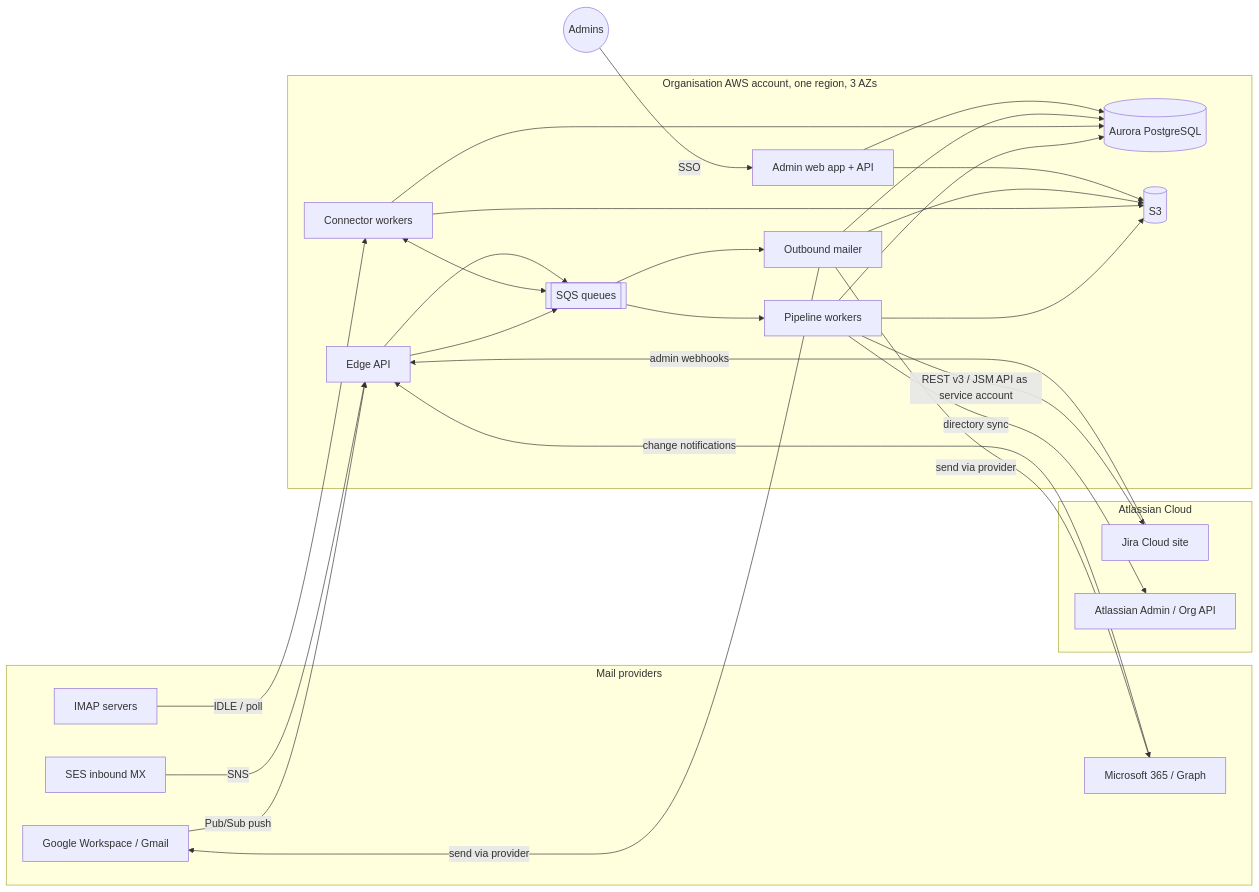
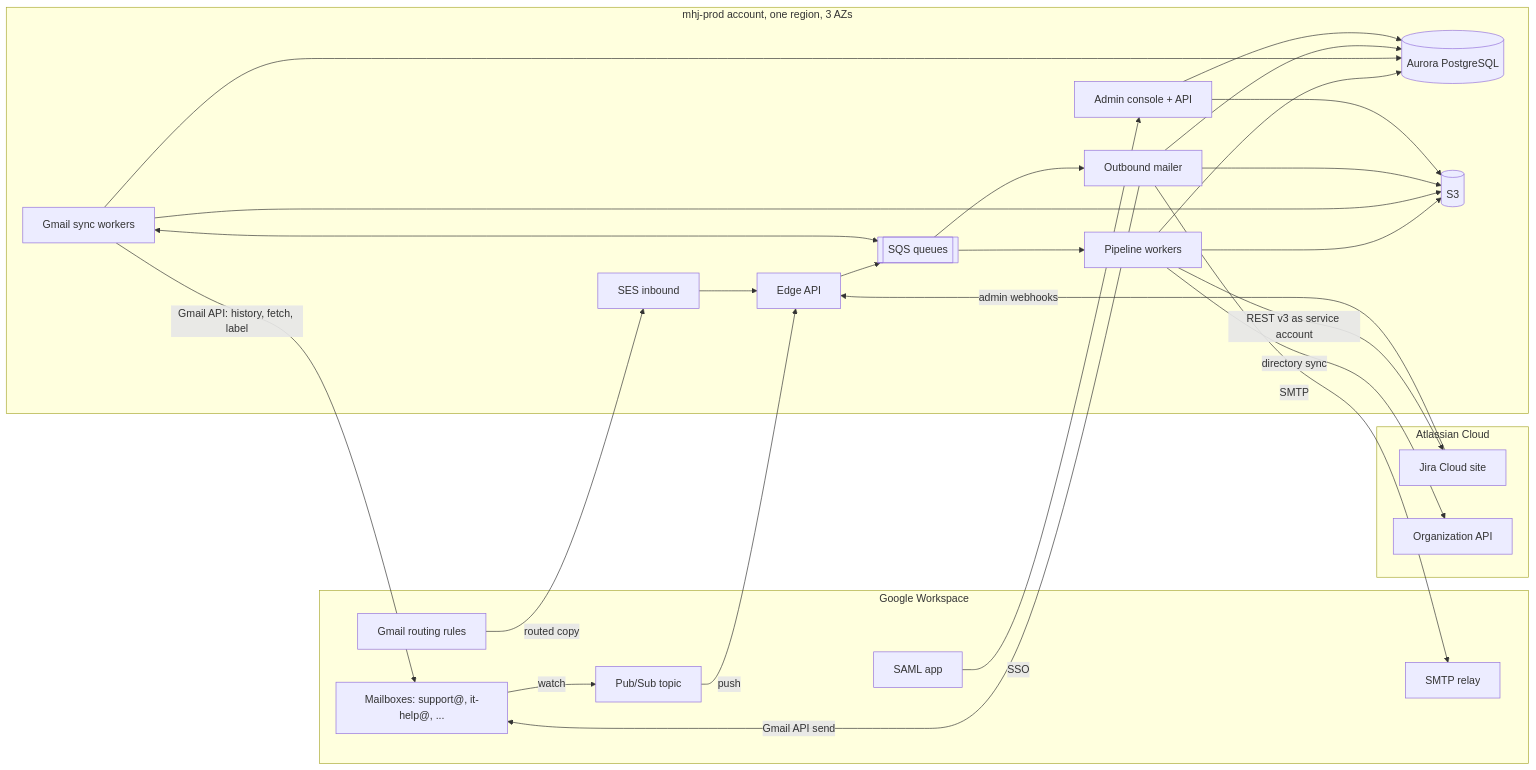
The first of 2 diagrams in _specs/jira-mail-handler/SPEC.md (papileks/papileks.github.io), drawn with Mermaid before and after one commit. The commit also changed other lines of this file, not shown here.

First line of the commit message:
Revise mail handler spec to v0.3: Google Workspace, Jira Software, infra

````diff
--- a/_specs/jira-mail-handler/SPEC.md
+++ b/_specs/jira-mail-handler/SPEC.md
@@ -183,36 +195,38 @@
 ```mermaid
 flowchart LR
-  subgraph Providers[Mail providers]
-    G[Google Workspace / Gmail]
-    M[Microsoft 365 / Graph]
-    I[IMAP servers]
-    H[SES inbound MX]
+  subgraph GW[Google Workspace]
+    MB[Mailboxes: support@, it-help@, ...]
+    RT[Gmail routing rules]
+    PS[Pub/Sub topic]
+    SR[SMTP relay]
+    SAML[SAML app]
   end
   subgraph Atl[Atlassian Cloud]
     J[Jira Cloud site]
-    AA[Atlassian Admin / Org API]
+    AA[Organization API]
   end
-  subgraph AWS[Organisation AWS account, one region, 3 AZs]
+  subgraph AWS[mhj-prod account, one region, 3 AZs]
+    SES[SES inbound]
     E[Edge API]
-    C[Connector workers]
+    C[Gmail sync workers]
     P[Pipeline workers]
     O[Outbound mailer]
-    UI[Admin web app + API]
+    UI[Admin console + API]
     DB[(Aurora PostgreSQL)]
     S3[(S3)]
     Q[[SQS queues]]
   end
-  Admin((Admins)) -- SSO --> UI
-  G -- Pub/Sub push --> E
-  M -- change notifications --> E
-  H -- SNS --> E
-  E --> Q
-  I -- IDLE / poll --> C
+  MB -- watch --> PS -- push --> E
+  C -- Gmail API: history, fetch, label --> MB
+  RT -- routed copy --> SES --> E
+  E --> Q --> P
   C <--> Q
-  Q --> P
-  P -- REST v3 / JSM API as service account --> J
-  J -- admin webhooks --> E --> Q --> O
-  O -- send via provider --> G & M
+  P -- REST v3 as service account --> J
   P -- directory sync --> AA
+  J -- admin webhooks --> E
+  Q --> O
+  O -- Gmail API send --> MB
+  O -- SMTP --> SR
+  SAML -- SSO --> UI
   P & C & O & UI --> DB & S3
 ```
````
